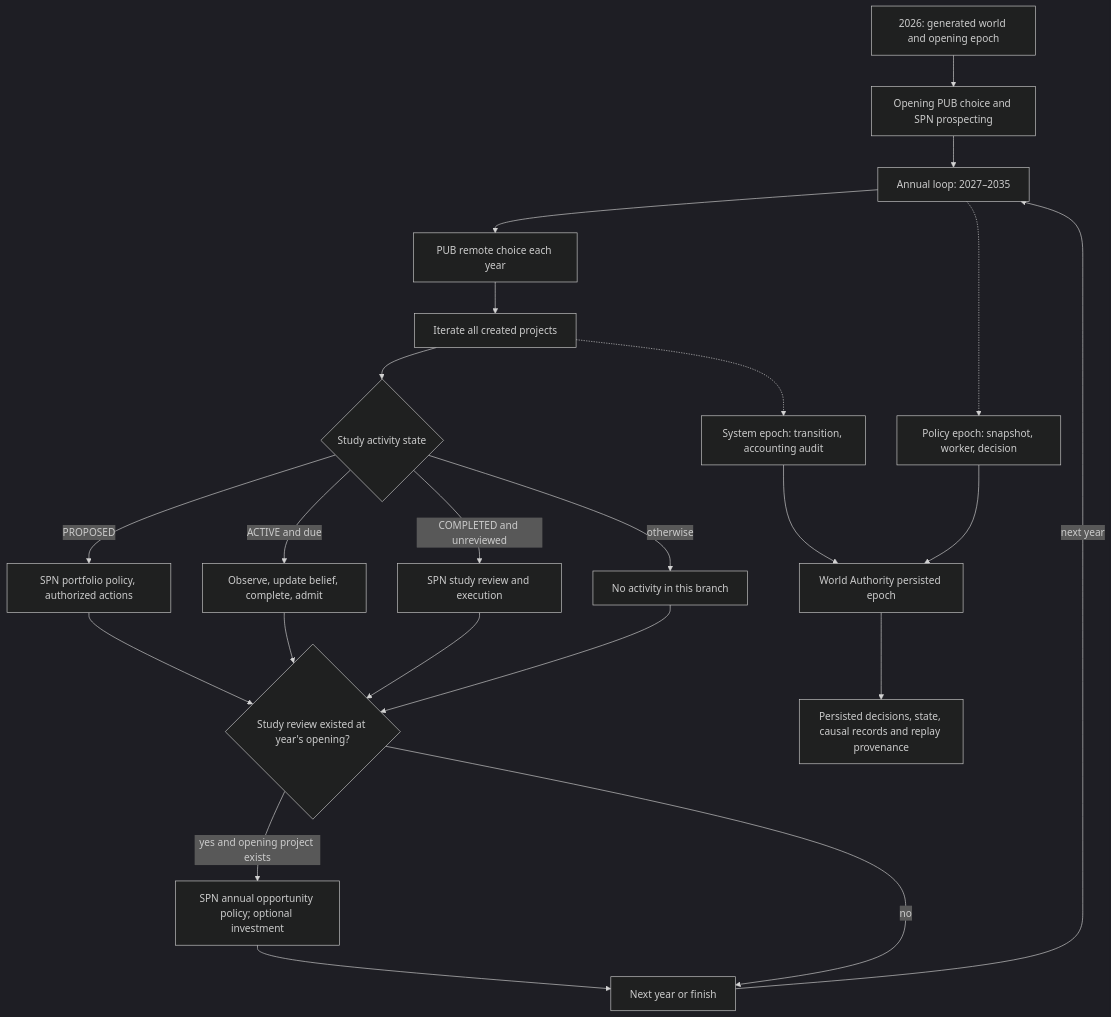
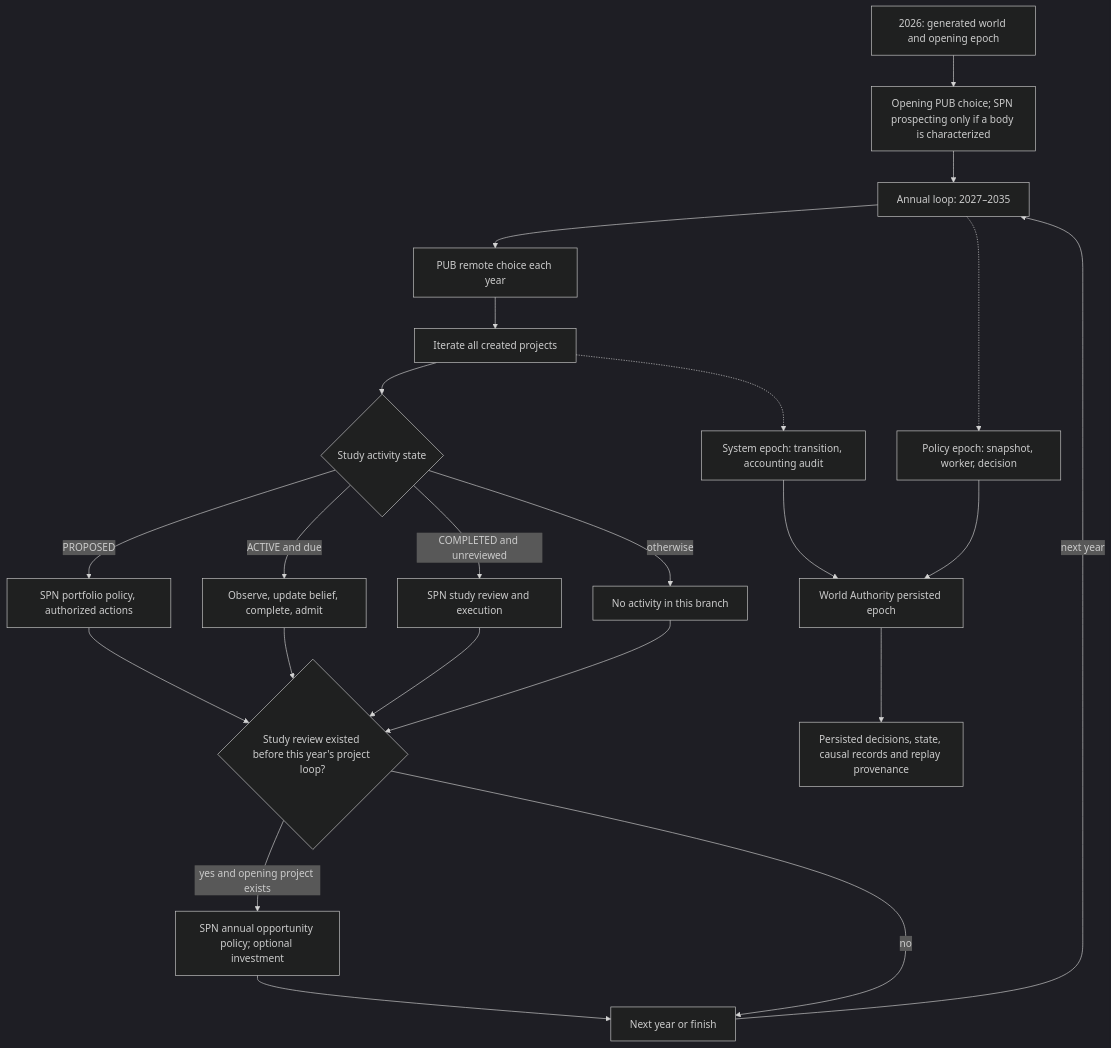
The seventh of 11 diagrams in simulation/offworld_mvp/build7/atlas/ATLAS.md (loom-2226/loom-2226), drawn with Mermaid (dark theme) before and after one commit. The commit also changed other lines of this file and 8 other files, not shown here.

````diff
--- a/simulation/offworld_mvp/build7/atlas/ATLAS.md
+++ b/simulation/offworld_mvp/build7/atlas/ATLAS.md
@@ -166,25 +166,25 @@
 ```mermaid
 flowchart TD
-  GEN["2026: generated world and opening epoch"] --> OPEN["Opening PUB choice and SPN prospecting"]
+  GEN["2026: generated world and opening epoch"] --> OPEN["Opening PUB choice; SPN prospecting only if a body is characterized"]
   OPEN --> YEAR["Annual loop: 2027–2035"]
   YEAR --> PUB["PUB remote choice each year"]
   PUB --> PROJECTS["Iterate all created projects"]
   PROJECTS --> STATE{"Study activity state"}
   STATE -->|"PROPOSED"| PORT["SPN portfolio policy, authorized actions"]
   STATE -->|"ACTIVE and due"| COMPLETE["Observe, update belief, complete, admit"]
   STATE -->|"COMPLETED and unreviewed"| REVIEW["SPN study review and execution"]
   STATE -->|"otherwise"| NONE["No activity in this branch"]
-  PORT --> ELIG{"Study review existed at year's opening?"}
+  PORT --> ELIG{"Study review existed before this year's project loop?"}
   COMPLETE --> ELIG
   REVIEW --> ELIG
   NONE --> ELIG
   ELIG -->|"yes and opening project exists"| OPP["SPN annual opportunity policy; optional investment"]
   ELIG -->|"no"| NEXT["Next year or finish"]
   OPP --> NEXT
   NEXT -->|"next year"| YEAR
   POLICY["Policy epoch: snapshot, worker, decision"] --> WA["World Authority persisted epoch"]
   SYSTEM["System epoch: transition, accounting audit"] --> WA
   WA --> TRACE["Persisted decisions, state, causal records and replay provenance"]
   YEAR -.-> POLICY
   PROJECTS -.-> SYSTEM
 ```
````
